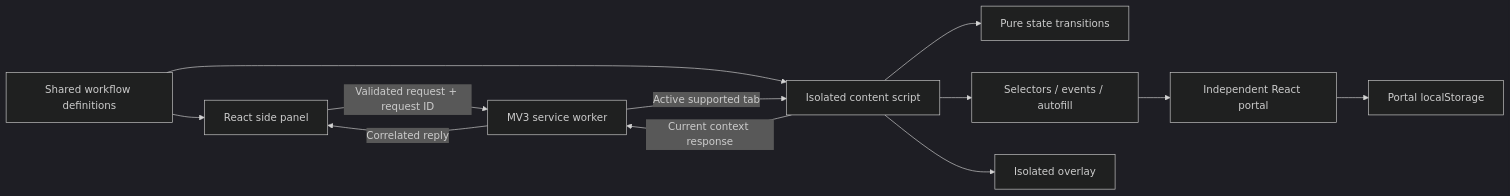
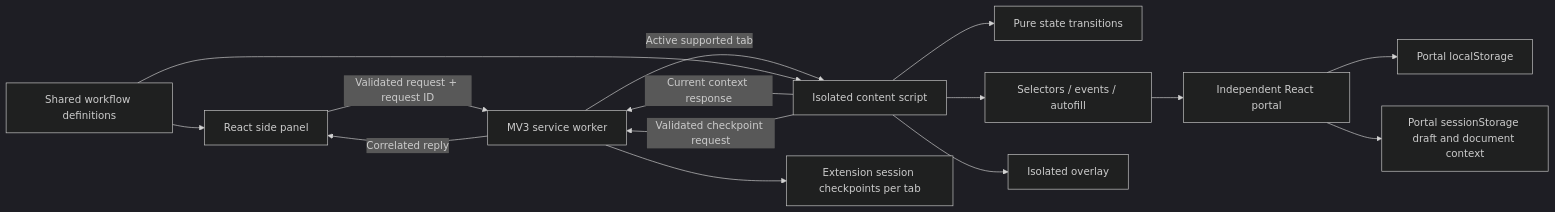
One commit to badrishchoubey-hash/WalkMeDemo changed the diagram in docs/ARCHITECTURE.md. Above: the diagram before and after it, drawn with Mermaid (dark theme). The commit also changed other lines of this file and 17 other files, not shown here.

````diff
--- a/docs/ARCHITECTURE.md
+++ b/docs/ARCHITECTURE.md
@@ -3,14 +3,17 @@
 ```mermaid
 flowchart LR
   Panel[React side panel] -->|Validated request + request ID| Worker[MV3 service worker]
   Worker -->|Active supported tab| Content[Isolated content script]
   Content --> Engine[Pure state transitions]
   Content --> Adapter[Selectors / events / autofill]
   Content --> Overlay[Isolated overlay]
   Adapter --> Portal[Independent React portal]
   Portal --> Local[Portal localStorage]
   Content -->|Current context response| Worker
   Worker -->|Correlated reply| Panel
+  Content -->|Validated checkpoint request| Worker
+  Worker --> Session[Extension session checkpoints per tab]
+  Portal --> Draft[Portal sessionStorage draft and document context]
   Config[Shared workflow definitions] --> Content
   Config --> Panel
 ```
````
